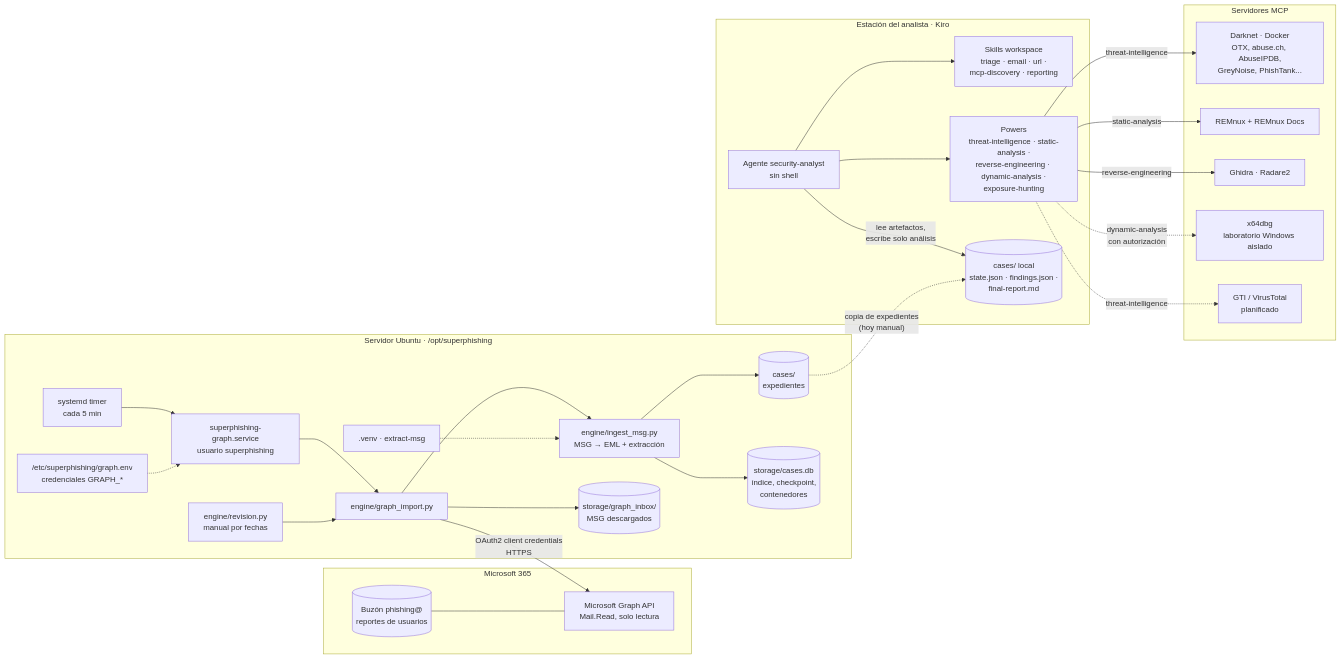
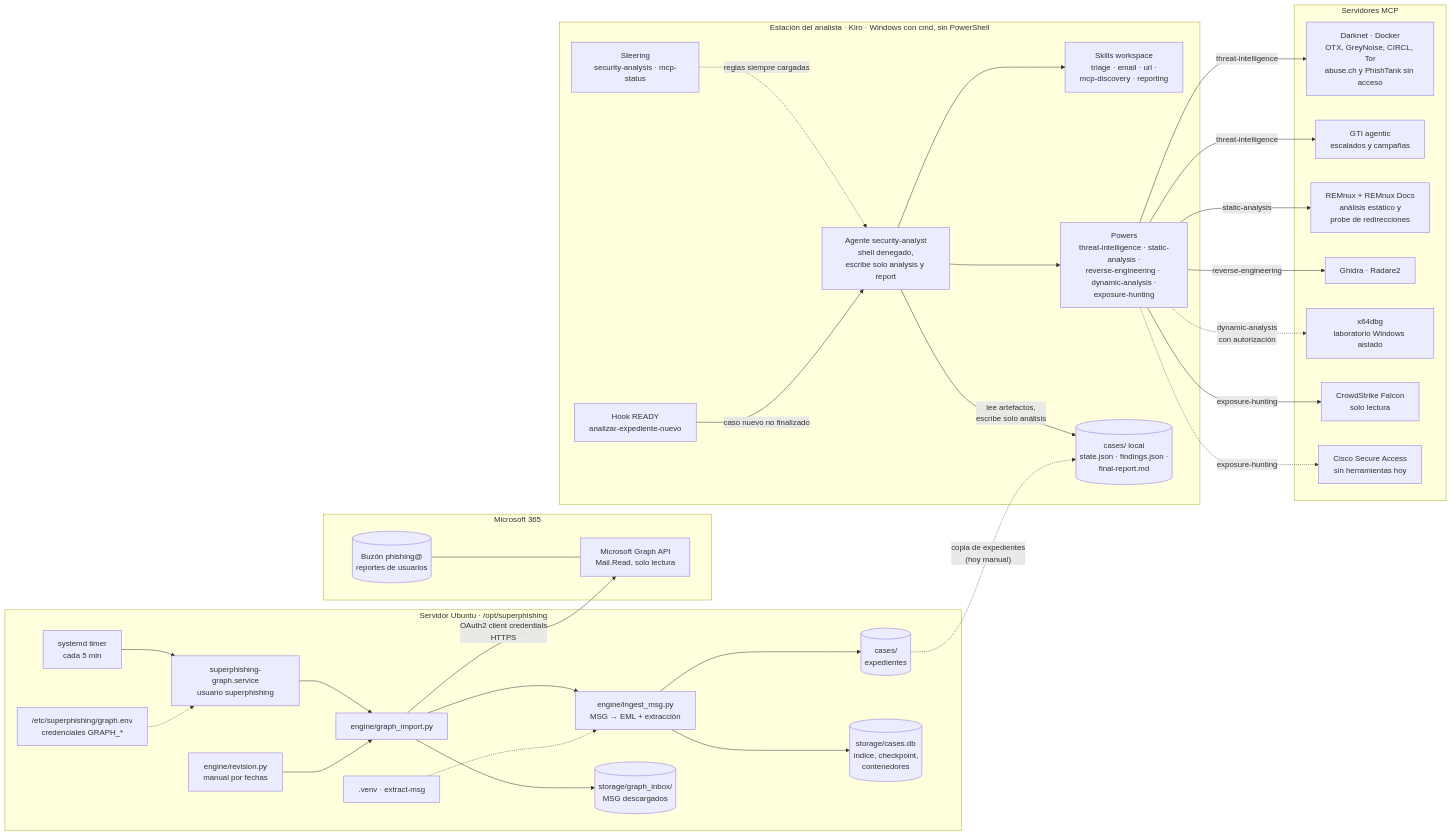
One commit to aemunozr/superphishing changed the first of 2 diagrams in README.md. Above: the diagram before and after it, drawn with Mermaid. The commit also changed other lines of this file and 15 other files, not shown here.

````diff
--- a/README.md
+++ b/README.md
@@ -16,46 +16,54 @@
 ```mermaid
 flowchart LR
     subgraph M365["Microsoft 365"]
         MB[("Buzón phishing@<br/>reportes de usuarios")]
         GR[Microsoft Graph API<br/>Mail.Read, solo lectura]
         MB --- GR
     end
 
     subgraph SRV["Servidor Ubuntu · /opt/superphishing"]
         TM[systemd timer<br/>cada 5 min] --> SV[superphishing-graph.service<br/>usuario superphishing]
         SV --> GI[engine/graph_import.py]
         RV[engine/revision.py<br/>manual por fechas] --> GI
         GI --> IN[engine/ingest_msg.py<br/>MSG → EML + extracción]
         IN --> CS[("cases/<br/>expedientes")]
         IN --> DB[("storage/cases.db<br/>índice, checkpoint,<br/>contenedores")]
         GI --> ST[("storage/graph_inbox/<br/>MSG descargados")]
         ENV["/etc/superphishing/graph.env<br/>credenciales GRAPH_*"] -.-> SV
         VENV[.venv · extract-msg] -.-> IN
     end
 
-    subgraph WS["Estación del analista · Kiro"]
-        AG[Agente security-analyst<br/>sin shell]
+    subgraph WS["Estación del analista · Kiro · Windows con cmd, sin PowerShell"]
+        STR[Steering<br/>security-analysis · mcp-status]
+        HK[Hook READY<br/>analizar-expediente-nuevo]
+        AG["Agente security-analyst<br/>shell denegado,<br/>escribe solo analysis y report"]
         SK[Skills workspace<br/>triage · email · url ·<br/>mcp-discovery · reporting]
         PW[Powers<br/>threat-intelligence · static-analysis ·<br/>reverse-engineering · dynamic-analysis ·<br/>exposure-hunting]
+        STR -.->|reglas siempre cargadas| AG
+        HK -->|caso nuevo no finalizado| AG
         AG --> SK
         AG --> PW
         CL[("cases/ local<br/>state.json · findings.json ·<br/>final-report.md")]
         AG -->|lee artefactos,<br/>escribe solo análisis| CL
     end
 
     subgraph MCP["Servidores MCP"]
-        DN[Darknet · Docker<br/>OTX, abuse.ch, AbuseIPDB,<br/>GreyNoise, PhishTank...]
-        RM[REMnux + REMnux Docs]
+        DN[Darknet · Docker<br/>OTX, GreyNoise, CIRCL, Tor<br/>abuse.ch y PhishTank sin acceso]
+        GT[GTI agentic<br/>escalados y campañas]
+        RM[REMnux + REMnux Docs<br/>análisis estático y<br/>probe de redirecciones]
         RE[Ghidra · Radare2]
         XD[x64dbg<br/>laboratorio Windows aislado]
-        GT[GTI / VirusTotal<br/>planificado]
+        FL[CrowdStrike Falcon<br/>solo lectura]
+        CSA[Cisco Secure Access<br/>sin herramientas hoy]
     end
 
     GI -->|OAuth2 client credentials<br/>HTTPS| GR
     CS -. "copia de expedientes<br/>(hoy manual)" .-> CL
     PW -->|threat-intelligence| DN
-    PW -.->|threat-intelligence| GT
+    PW -->|threat-intelligence| GT
     PW -->|static-analysis| RM
     PW -->|reverse-engineering| RE
     PW -.->|dynamic-analysis<br/>con autorización| XD
+    PW -->|exposure-hunting| FL
+    PW -.->|exposure-hunting| CSA
 ```
````
